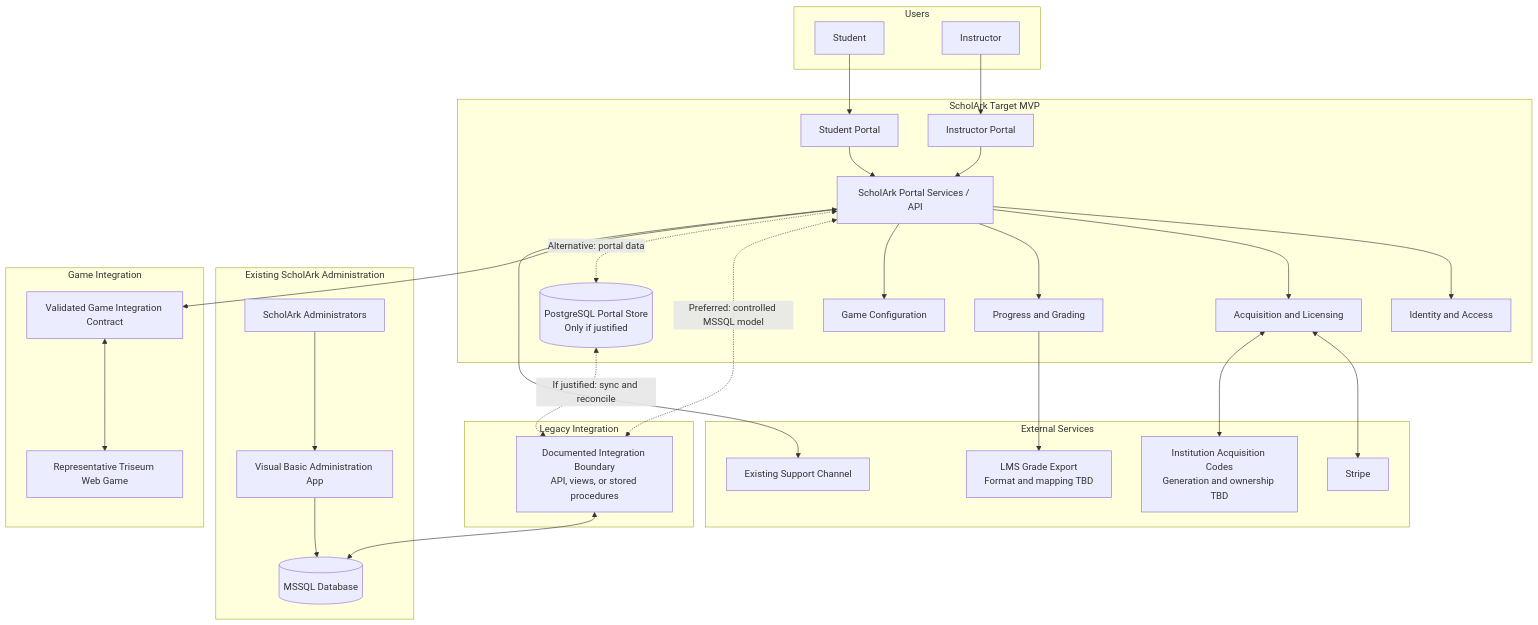
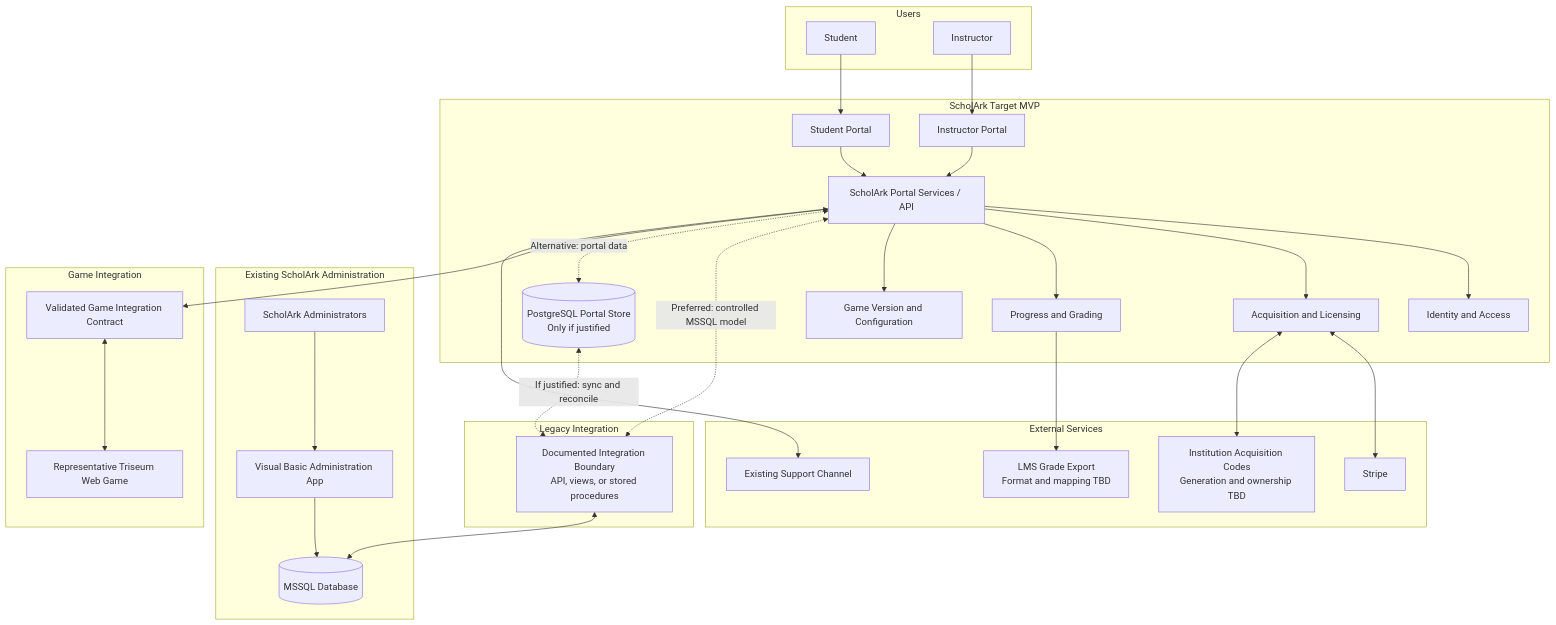
The diagram in doc/architecture.md (bitmate-inc/triseum-scholark), drawn with Mermaid before and after one commit. The commit also changed other lines of this file and 5 other files, not shown here.

````diff
--- a/doc/architecture.md
+++ b/doc/architecture.md
@@ -9,61 +9,61 @@
 ```mermaid
 flowchart TB
     subgraph Users["Users"]
         Student["Student"]
         Instructor["Instructor"]
     end
 
     subgraph MVP["ScholArk Target MVP"]
         StudentPortal["Student Portal"]
         InstructorPortal["Instructor Portal"]
         PortalAPI["ScholArk Portal Services / API"]
         PortalData[("PostgreSQL Portal Store<br/>Only if justified")]
         Identity["Identity and Access"]
         Acquisition["Acquisition and Licensing"]
         Progress["Progress and Grading"]
-        Config["Game Configuration"]
+        Config["Game Version and Configuration"]
 
         StudentPortal --> PortalAPI
         InstructorPortal --> PortalAPI
         PortalAPI --> Identity
         PortalAPI --> Acquisition
         PortalAPI --> Progress
         PortalAPI --> Config
     end
 
     subgraph Existing["Existing ScholArk Administration"]
         AdminUsers["ScholArk Administrators"]
         VBApp["Visual Basic Administration App"]
         MSSQL[("MSSQL Database")]
         AdminUsers --> VBApp --> MSSQL
     end
 
     subgraph LegacyIntegration["Legacy Integration"]
         Boundary["Documented Integration Boundary<br/>API, views, or stored procedures"]
     end
 
     subgraph Games["Game Integration"]
         GameAdapter["Validated Game Integration Contract"]
         WebGame["Representative Triseum Web Game"]
         GameAdapter <--> WebGame
     end
 
     subgraph External["External Services"]
         Support["Existing Support Channel"]
         GradeExport["LMS Grade Export<br/>Format and mapping TBD"]
         Stripe["Stripe"]
         InstitutionCode["Institution Acquisition Codes<br/>Generation and ownership TBD"]
     end
 
     Student --> StudentPortal
     Instructor --> InstructorPortal
     PortalAPI <-. "Preferred: controlled MSSQL model" .-> Boundary
     PortalAPI <-. "Alternative: portal data" .-> PortalData
     PortalData <-. "If justified: sync and reconcile" .-> Boundary
     Boundary <--> MSSQL
     PortalAPI <--> GameAdapter
     PortalAPI --> Support
     Progress --> GradeExport
     Acquisition <--> Stripe
     Acquisition <--> InstitutionCode
 ```
````
